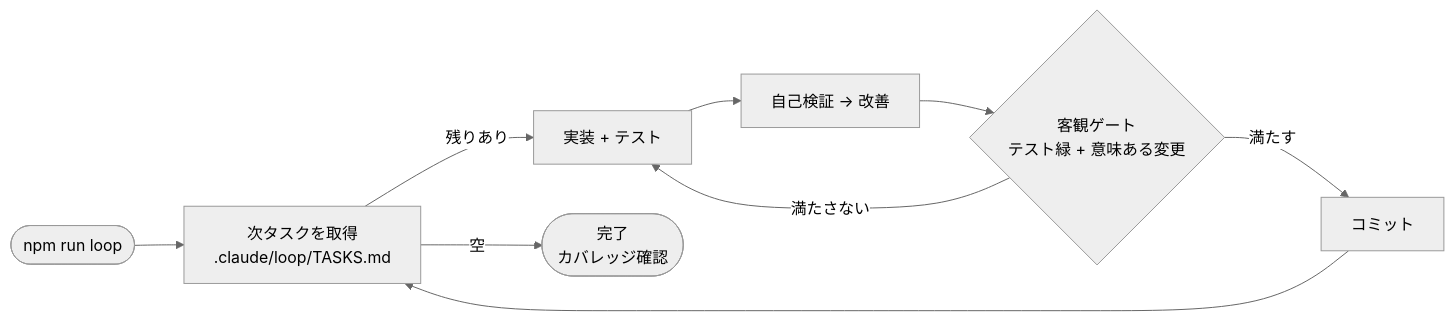
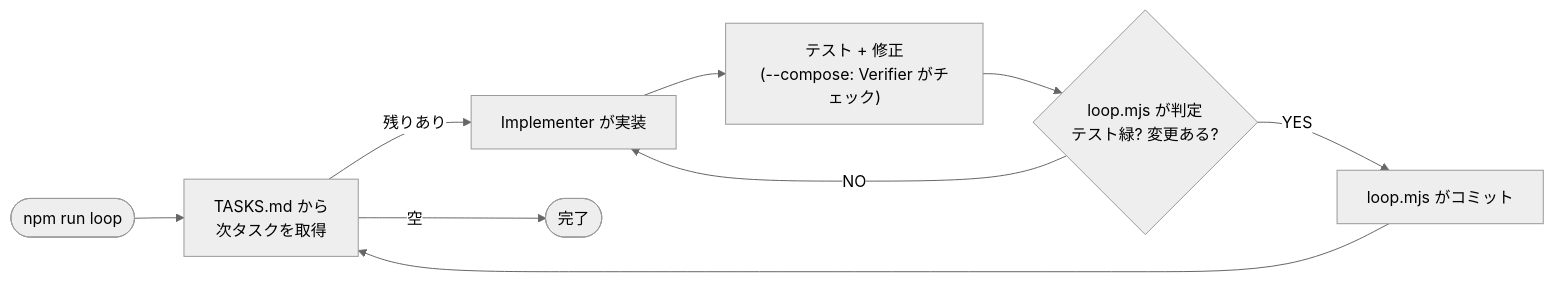
Before and after one commit to shumatsumonobu/loop-engineering-playbook: the diagram in README.md, drawn with Mermaid (neutral theme). The commit also changed other lines of this file, not shown here.

````diff
--- a/README.md
+++ b/README.md
@@ -12,11 +21,11 @@
 ```mermaid
 flowchart LR
-    S(["npm run loop"]) --> T["次タスクを取得<br/>.claude/loop/TASKS.md"]
-    T -->|残りあり| I["実装 + テスト"]
-    I --> V["自己検証 → 改善"]
-    V --> G{"客観ゲート<br/>テスト緑 + 意味ある変更"}
-    G -->|満たす| C["コミット"]
-    G -->|満たさない| I
+    S(["npm run loop"]) --> T["TASKS.md から<br/>次タスクを取得"]
+    T -->|残りあり| I["Implementer が実装"]
+    I --> V["テスト + 修正<br/>(--compose: Verifier がチェック)"]
+    V --> G{"loop.mjs が判定<br/>テスト緑? 変更ある?"}
+    G -->|YES| C["loop.mjs がコミット"]
+    G -->|NO| I
     C --> T
-    T -->|空| D(["完了<br/>カバレッジ確認"])
+    T -->|空| D(["完了"])
 ```
````
